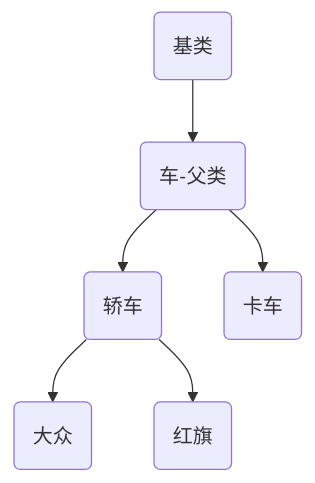
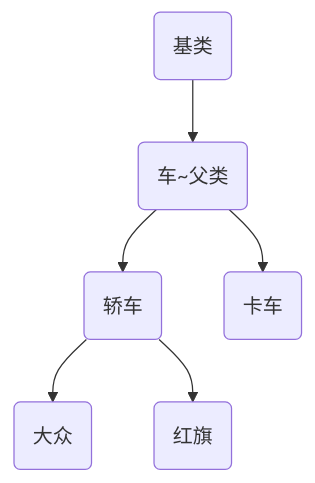
Before and after one commit to zhushiyu1216/Objective-C: the diagram in chapter6/readme.md, drawn with Mermaid.

````diff
--- a/chapter6/readme.md
+++ b/chapter6/readme.md
@@ -12,8 +12,8 @@
 ``` mermaid
     graph TB
-    A(基类) -->B(车-父类)
+    A(基类) -->B(车~父类)
     B --> C(轿车)
     B --> D(卡车)
     C --> E(大众)
     C --> F(红旗)
 ```
````
